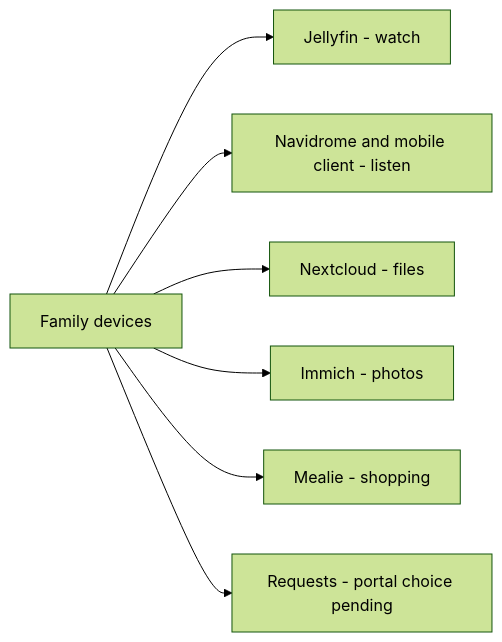
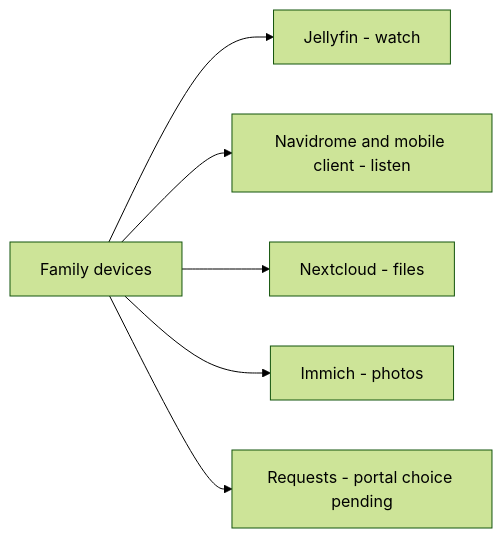
One commit to YeerooXY/FamilyHub changed the first of 3 diagrams in ARCHITECTURE_REVIEW.md. Above: the diagram before and after it, drawn with Mermaid (forest theme). The commit also changed other lines of this file, not shown here.

Commit message:
Plan acquisition-first verification and defer shopping

````diff
--- a/ARCHITECTURE_REVIEW.md
+++ b/ARCHITECTURE_REVIEW.md
@@ -31,9 +33,8 @@
 ```mermaid
 flowchart LR
     Family[Family devices] --> Video[Jellyfin - watch]
     Family --> Music[Navidrome and mobile client - listen]
     Family --> Files[Nextcloud - files]
     Family --> Photos[Immich - photos]
-    Family --> Lists[Mealie - shopping]
     Family --> Requests[Requests - portal choice pending]
 ```
````
